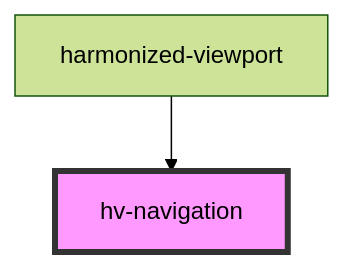
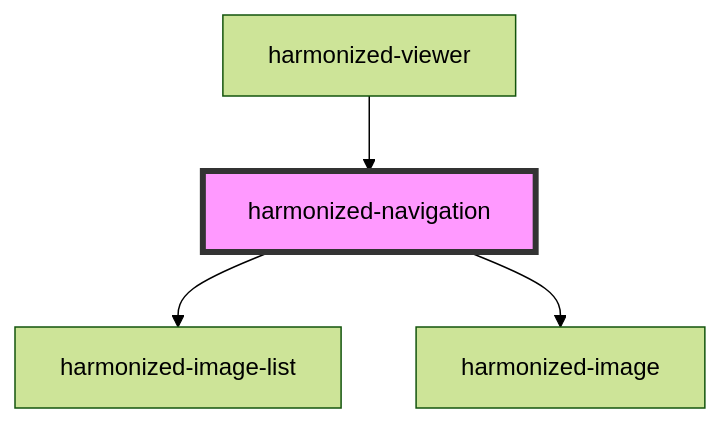
Before and after one commit to bac-lac/lac-harmonized-viewer: the diagram in src/components/navigation/readme.md, drawn with Mermaid (forest theme). The commit also changed other lines of this file and 17 other files, not shown here.

````diff
--- a/src/components/navigation/readme.md
+++ b/src/components/navigation/readme.md
@@ -15,5 +36,7 @@
 ```mermaid
 graph TD;
-  harmonized-viewport --> hv-navigation
-  style hv-navigation fill:#f9f,stroke:#333,stroke-width:4px
+  harmonized-navigation --> harmonized-image-list
+  harmonized-navigation --> harmonized-image
+  harmonized-viewer --> harmonized-navigation
+  style harmonized-navigation fill:#f9f,stroke:#333,stroke-width:4px
 ```
````
